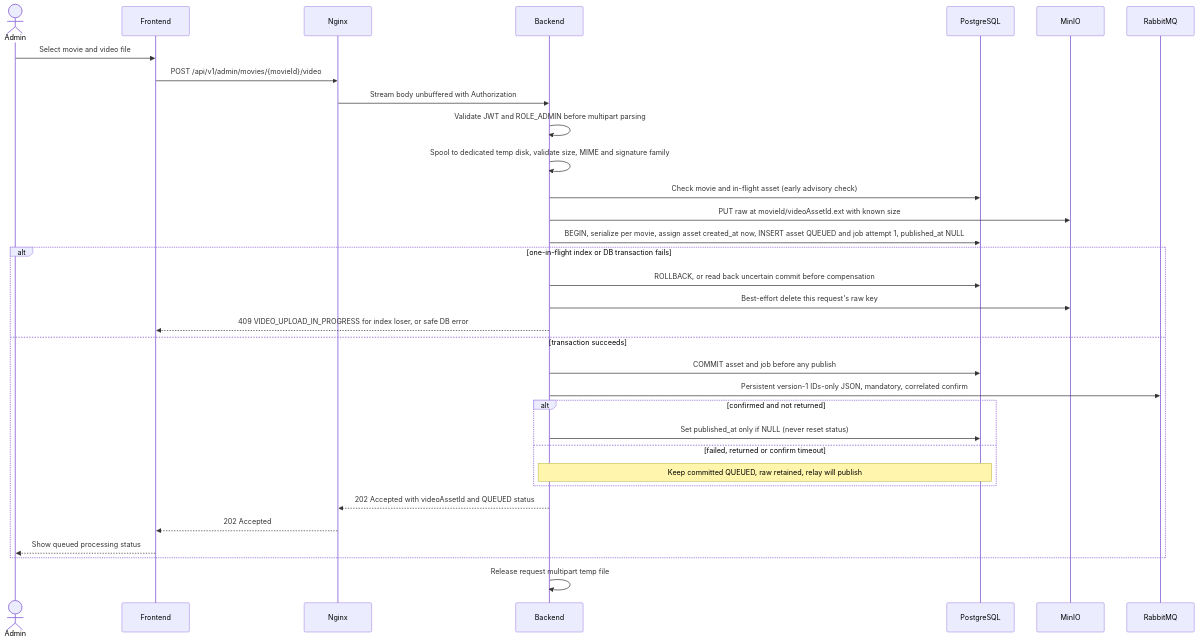
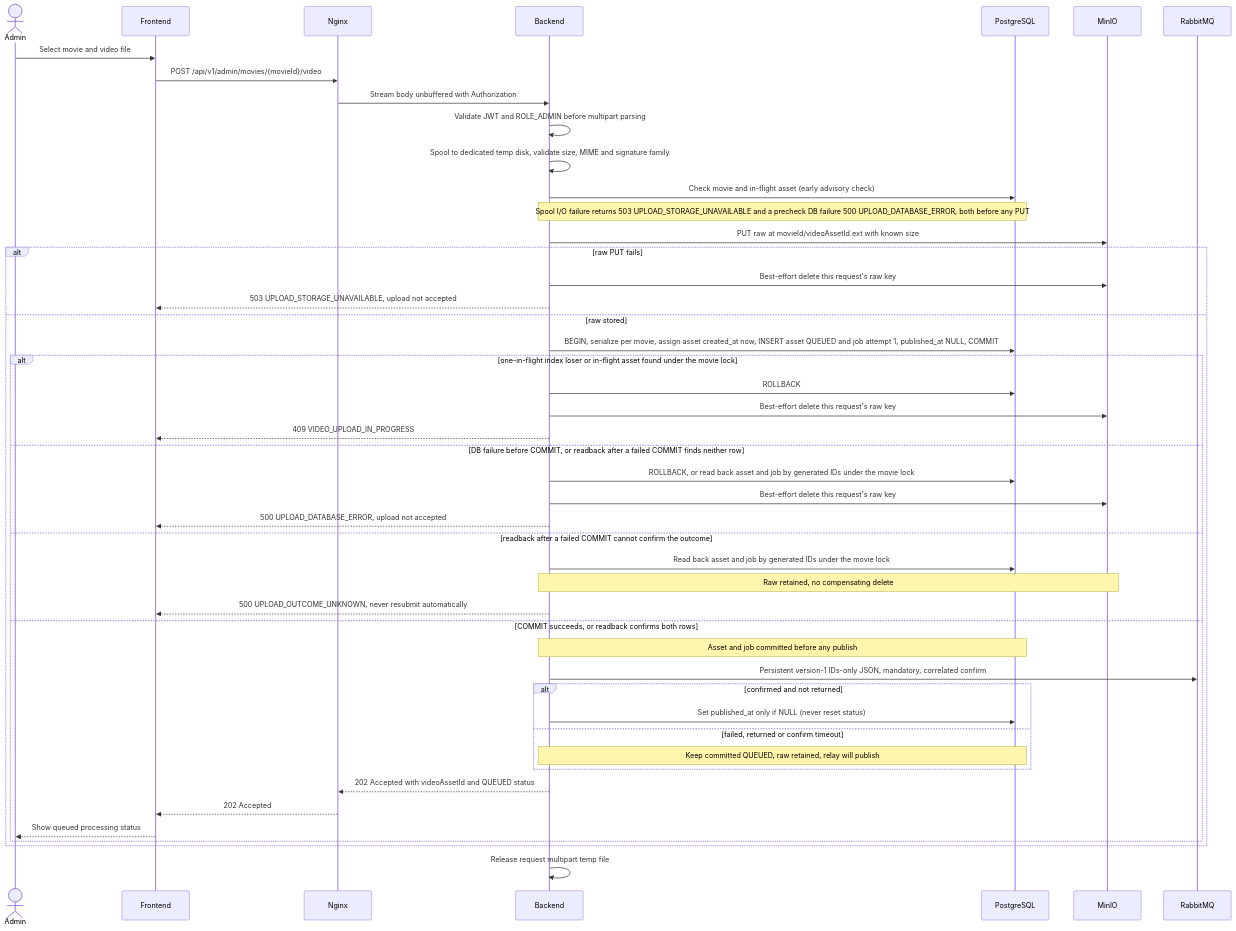
Before and after one commit to Duyphanb/Self-hosted-VoD-Platform: the first of 9 diagrams in docs/architecture/SEQUENCE-DIAGRAMS.md, drawn with Mermaid. The commit also changed other lines of this file and 41 other files, not shown here.

````diff
--- a/docs/architecture/SEQUENCE-DIAGRAMS.md
+++ b/docs/architecture/SEQUENCE-DIAGRAMS.md
@@ -9,36 +9,50 @@
 ```mermaid
 sequenceDiagram
     actor Admin
     participant Frontend
     participant Nginx
     participant Backend
     participant PostgreSQL
     participant MinIO
     participant RabbitMQ
 
     Admin->>Frontend: Select movie and video file
     Frontend->>Nginx: POST /api/v1/admin/movies/{movieId}/video
     Nginx->>Backend: Stream body unbuffered with Authorization
     Backend->>Backend: Validate JWT and ROLE_ADMIN before multipart parsing
     Backend->>Backend: Spool to dedicated temp disk, validate size, MIME and signature family
     Backend->>PostgreSQL: Check movie and in-flight asset (early advisory check)
+    Note over Backend,PostgreSQL: Spool I/O failure returns 503 UPLOAD_STORAGE_UNAVAILABLE and a precheck DB failure 500 UPLOAD_DATABASE_ERROR, both before any PUT
     Backend->>MinIO: PUT raw at movieId/videoAssetId.ext with known size
-    Backend->>PostgreSQL: BEGIN, serialize per movie, assign asset created_at now, INSERT asset QUEUED and job attempt 1, published_at NULL
-    alt one-in-flight index or DB transaction fails
-        Backend->>PostgreSQL: ROLLBACK, or read back uncertain commit before compensation
+    alt raw PUT fails
         Backend->>MinIO: Best-effort delete this request's raw key
-        Backend-->>Frontend: 409 VIDEO_UPLOAD_IN_PROGRESS for index loser, or safe DB error
-    else transaction succeeds
-        Backend->>PostgreSQL: COMMIT asset and job before any publish
-        Backend->>RabbitMQ: Persistent version-1 IDs-only JSON, mandatory, correlated confirm
-        alt confirmed and not returned
-            Backend->>PostgreSQL: Set published_at only if NULL (never reset status)
-        else failed, returned or confirm timeout
-            Note over Backend,PostgreSQL: Keep committed QUEUED, raw retained, relay will publish
+        Backend-->>Frontend: 503 UPLOAD_STORAGE_UNAVAILABLE, upload not accepted
+    else raw stored
+        Backend->>PostgreSQL: BEGIN, serialize per movie, assign asset created_at now, INSERT asset QUEUED and job attempt 1, published_at NULL, COMMIT
+        alt one-in-flight index loser or in-flight asset found under the movie lock
+            Backend->>PostgreSQL: ROLLBACK
+            Backend->>MinIO: Best-effort delete this request's raw key
+            Backend-->>Frontend: 409 VIDEO_UPLOAD_IN_PROGRESS
+        else DB failure before COMMIT, or readback after a failed COMMIT finds neither row
+            Backend->>PostgreSQL: ROLLBACK, or read back asset and job by generated IDs under the movie lock
+            Backend->>MinIO: Best-effort delete this request's raw key
+            Backend-->>Frontend: 500 UPLOAD_DATABASE_ERROR, upload not accepted
+        else readback after a failed COMMIT cannot confirm the outcome
+            Backend->>PostgreSQL: Read back asset and job by generated IDs under the movie lock
+            Note over Backend,MinIO: Raw retained, no compensating delete
+            Backend-->>Frontend: 500 UPLOAD_OUTCOME_UNKNOWN, never resubmit automatically
+        else COMMIT succeeds, or readback confirms both rows
+            Note over Backend,PostgreSQL: Asset and job committed before any publish
+            Backend->>RabbitMQ: Persistent version-1 IDs-only JSON, mandatory, correlated confirm
+            alt confirmed and not returned
+                Backend->>PostgreSQL: Set published_at only if NULL (never reset status)
+            else failed, returned or confirm timeout
+                Note over Backend,PostgreSQL: Keep committed QUEUED, raw retained, relay will publish
+            end
+            Backend-->>Nginx: 202 Accepted with videoAssetId and QUEUED status
+            Nginx-->>Frontend: 202 Accepted
+            Frontend-->>Admin: Show queued processing status
         end
-        Backend-->>Nginx: 202 Accepted with videoAssetId and QUEUED status
-        Nginx-->>Frontend: 202 Accepted
-        Frontend-->>Admin: Show queued processing status
     end
     Backend->>Backend: Release request multipart temp file
 ```
````
